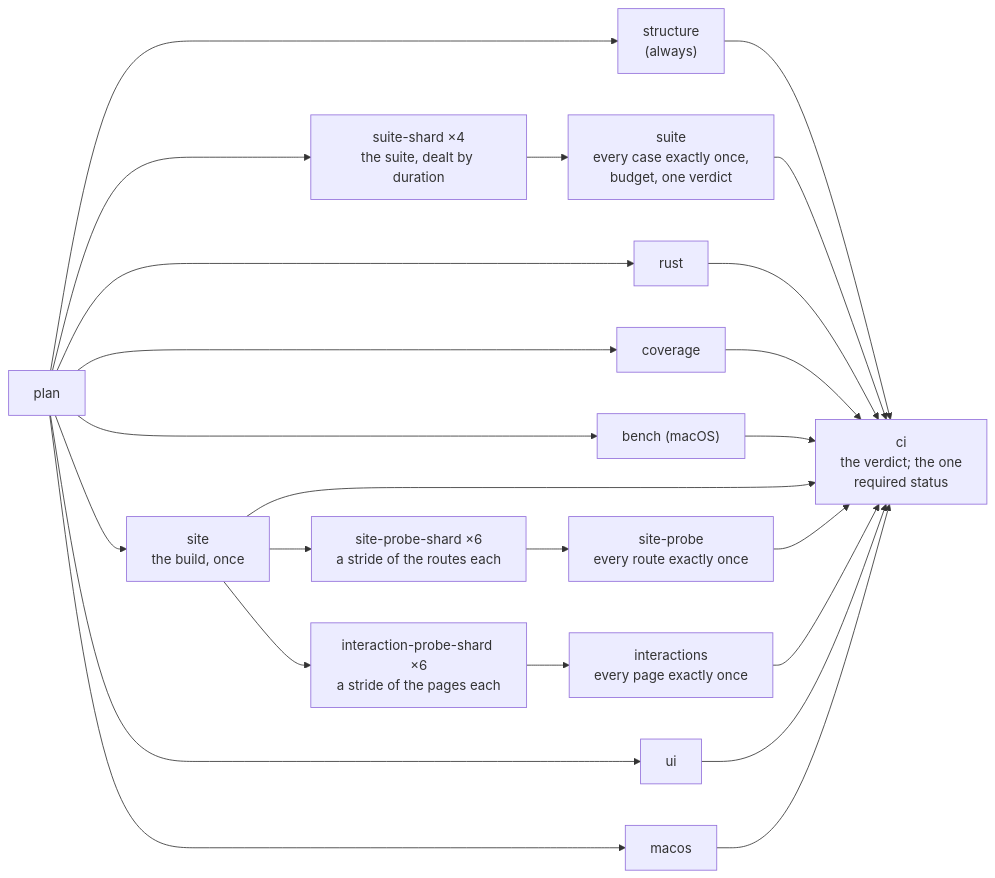
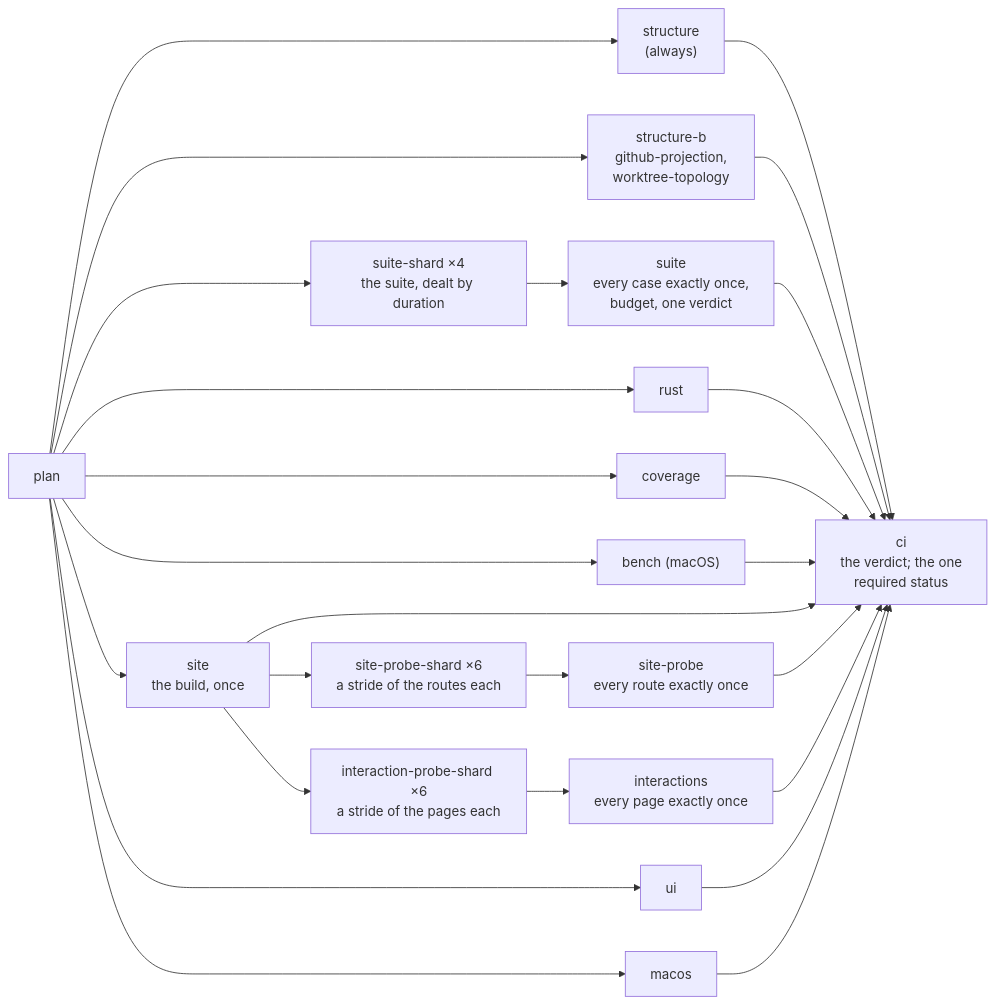
The first of 2 diagrams in docs/CI.md (korczis/prismatic-majordomus), drawn with Mermaid before and after one commit. The commit also changed other lines of this file and 26 other files, not shown here.

First line of the commit message:
fix(ci): the structure job fits in half its bound; cases stop re-reading rust_bin.sh (I4381)

````diff
--- a/docs/CI.md
+++ b/docs/CI.md
@@ -14,17 +14,18 @@
 ```mermaid
 flowchart LR
   plan["plan"] --> structure["structure<br>(always)"]
+  plan --> structureb["structure-b<br>github-projection,<br>worktree-topology"]
   plan --> shards["suite-shard ×4<br>the suite, dealt by duration"]
   shards --> suite["suite<br>every case exactly once,<br>budget, one verdict"]
   plan --> rust["rust"]
   plan --> coverage["coverage"]
   plan --> bench["bench (macOS)"]
   plan --> site["site<br>the build, once"]
   site --> probeshards["site-probe-shard ×6<br>a stride of the routes each"]
   probeshards --> probe["site-probe<br>every route exactly once"]
   site --> ishards["interaction-probe-shard ×6<br>a stride of the pages each"]
   ishards --> interactions["interactions<br>every page exactly once"]
   plan --> ui["ui"]
   plan --> macos["macos"]
-  structure & suite & rust & coverage & bench & site & probe & interactions & ui & macos --> ci["ci<br>the verdict; the one<br>required status"]
+  structure & structureb & suite & rust & coverage & bench & site & probe & interactions & ui & macos --> ci["ci<br>the verdict; the one<br>required status"]
 ```
````
